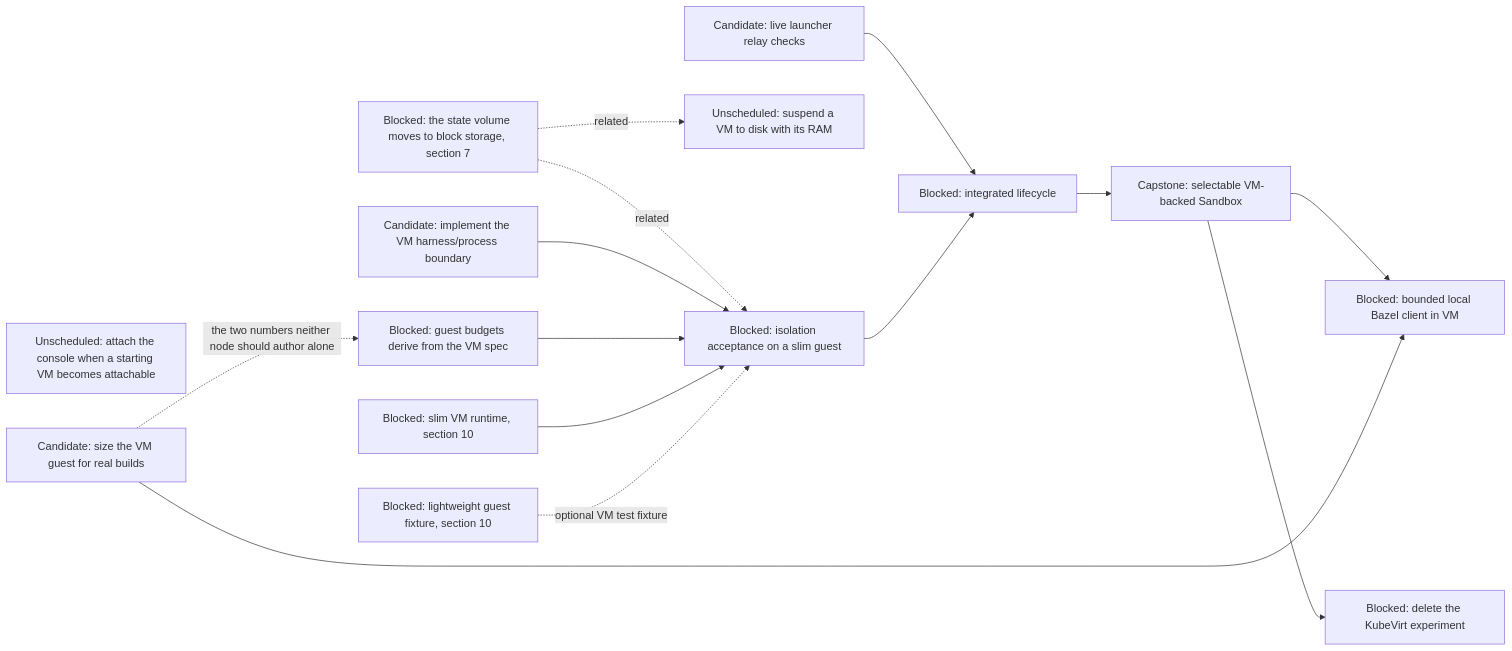
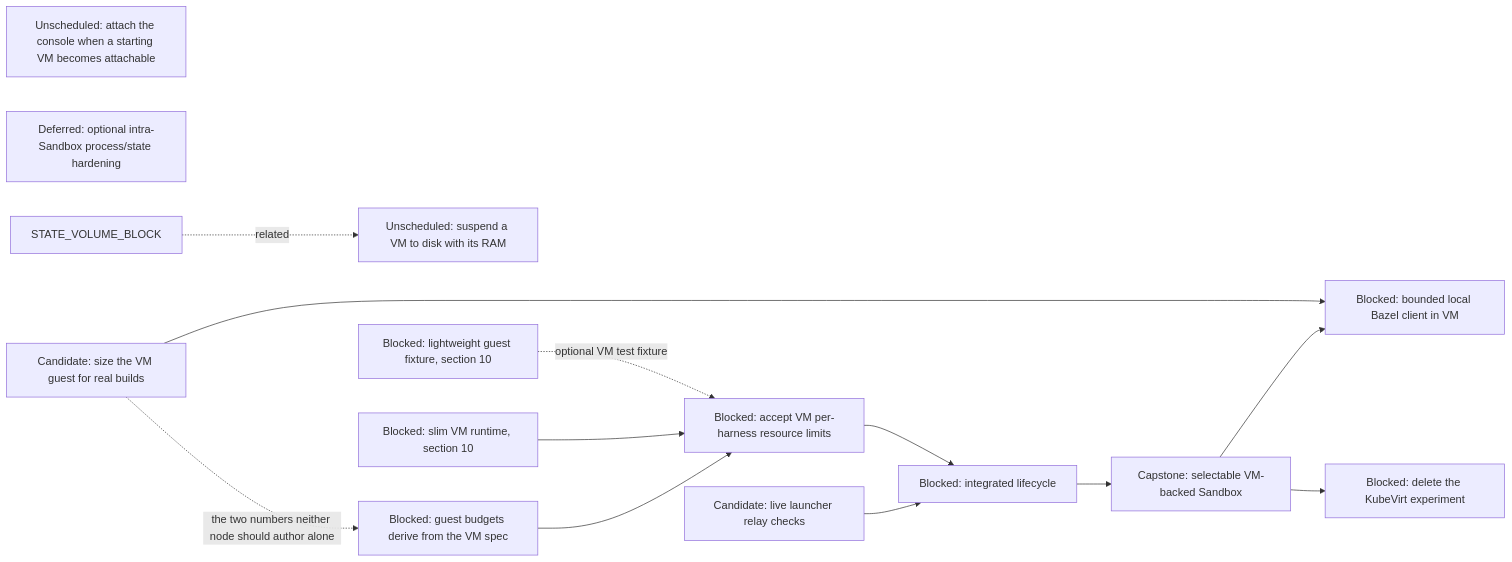
The sixth of 16 diagrams in agentplane/plans/task_dag.md (agentydragon-agent/ducktape), drawn with Mermaid before and after one commit. The commit also changed other lines of this file and 3 other files, not shown here.

First line of the commit message:
agentplane: align VM resource gates with Sandbox boundary (#10742)

````diff
--- a/agentplane/plans/task_dag.md
+++ b/agentplane/plans/task_dag.md
@@ -423,26 +423,24 @@
 ```mermaid
 flowchart LR
     VM_EGRESS[Candidate: live launcher relay checks]
     VM_RAM_SUSPEND[Unscheduled: suspend a VM to disk with its RAM]
     VM_CONSOLE_DEFERRED_ATTACH[Unscheduled: attach the console when a starting VM becomes attachable]
-    VM_PROCESS_BOUNDARY_IMPL[Candidate: implement the VM harness/process boundary]
-    VM_PROCESS_ISOLATION[Blocked: isolation acceptance on a slim guest]
+    VM_HARNESS_RESOURCE_LIMITS[Blocked: accept VM per-harness resource limits]
+    VM_INTRA_SANDBOX_HARDENING[Deferred: optional intra-Sandbox process/state hardening]
     RUNNER_LAYERING_VM[Blocked: slim VM runtime, section 10]
     K3S_VM_IMAGE[Blocked: lightweight guest fixture, section 10]
     VM_LIFECYCLE[Blocked: integrated lifecycle]
-    STATE_VOLUME_BLOCK[Blocked: the state volume moves to block storage, section 7] -. related .-> VM_PROCESS_ISOLATION
     STATE_VOLUME_BLOCK -. related .-> VM_RAM_SUSPEND
     VM_EGRESS --> VM_LIFECYCLE
-    VM_PROCESS_ISOLATION --> VM_LIFECYCLE
-    VM_PROCESS_BOUNDARY_IMPL --> VM_PROCESS_ISOLATION
-    VM_GUEST_BUDGET_DERIVE --> VM_PROCESS_ISOLATION
-    RUNNER_LAYERING_VM --> VM_PROCESS_ISOLATION
-    K3S_VM_IMAGE -. optional VM test fixture .-> VM_PROCESS_ISOLATION
+    VM_HARNESS_RESOURCE_LIMITS --> VM_LIFECYCLE
+    VM_GUEST_BUDGET_DERIVE --> VM_HARNESS_RESOURCE_LIMITS
+    RUNNER_LAYERING_VM --> VM_HARNESS_RESOURCE_LIMITS
+    K3S_VM_IMAGE -. optional VM test fixture .-> VM_HARNESS_RESOURCE_LIMITS
     VM_LIFECYCLE --> SANDBOX_VM_ISOLATION[Capstone: selectable VM-backed Sandbox]
     VM_GUEST_MEMORY[Candidate: size the VM guest for real builds]
     VM_GUEST_BUDGET_DERIVE[Blocked: guest budgets derive from the VM spec]
     VM_GUEST_MEMORY -. the two numbers neither node should author alone .-> VM_GUEST_BUDGET_DERIVE
     SANDBOX_VM_ISOLATION --> LOCAL_BAZEL[Blocked: bounded local Bazel client in VM]
     VM_GUEST_MEMORY --> LOCAL_BAZEL
     SANDBOX_VM_ISOLATION --> KUBEVIRT_EXPERIMENT_RETIRE[Blocked: delete the KubeVirt experiment]
 ```
````
